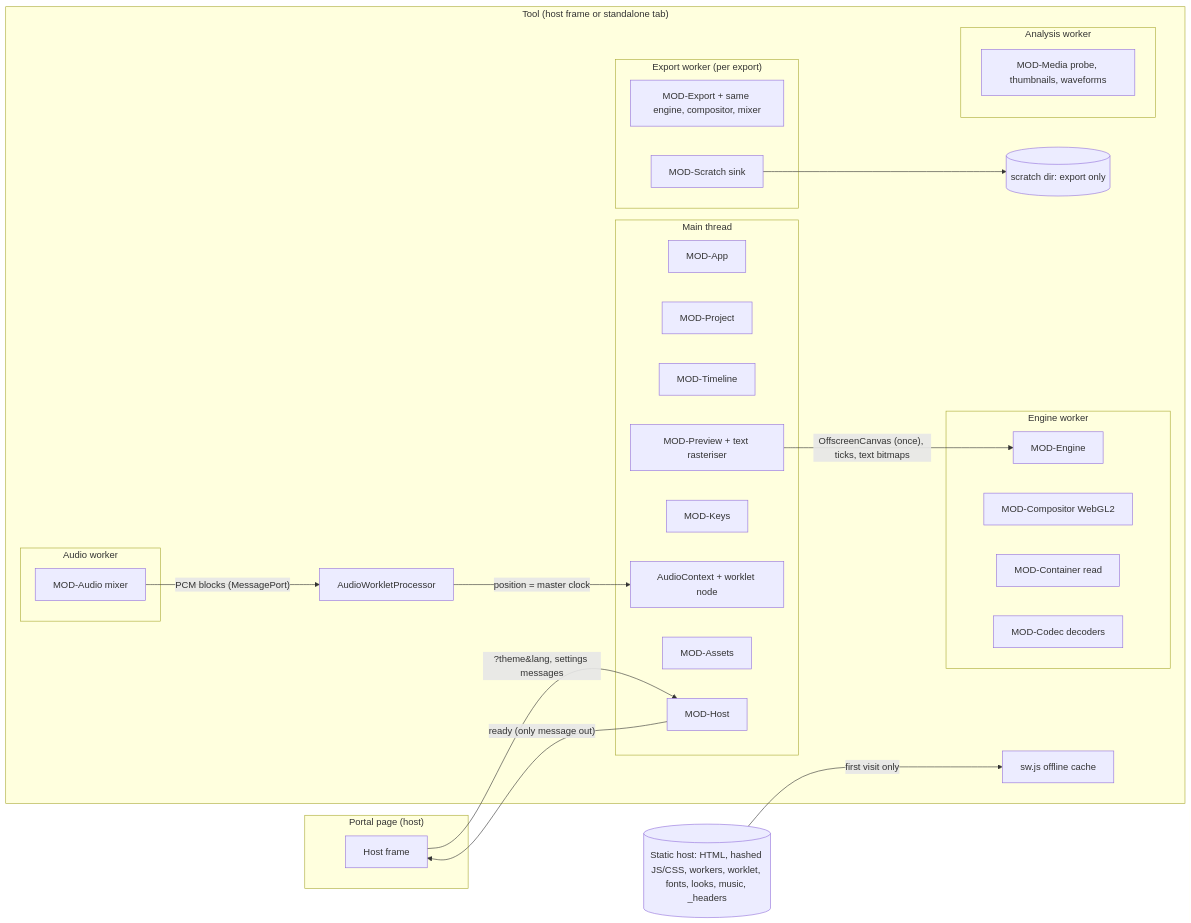
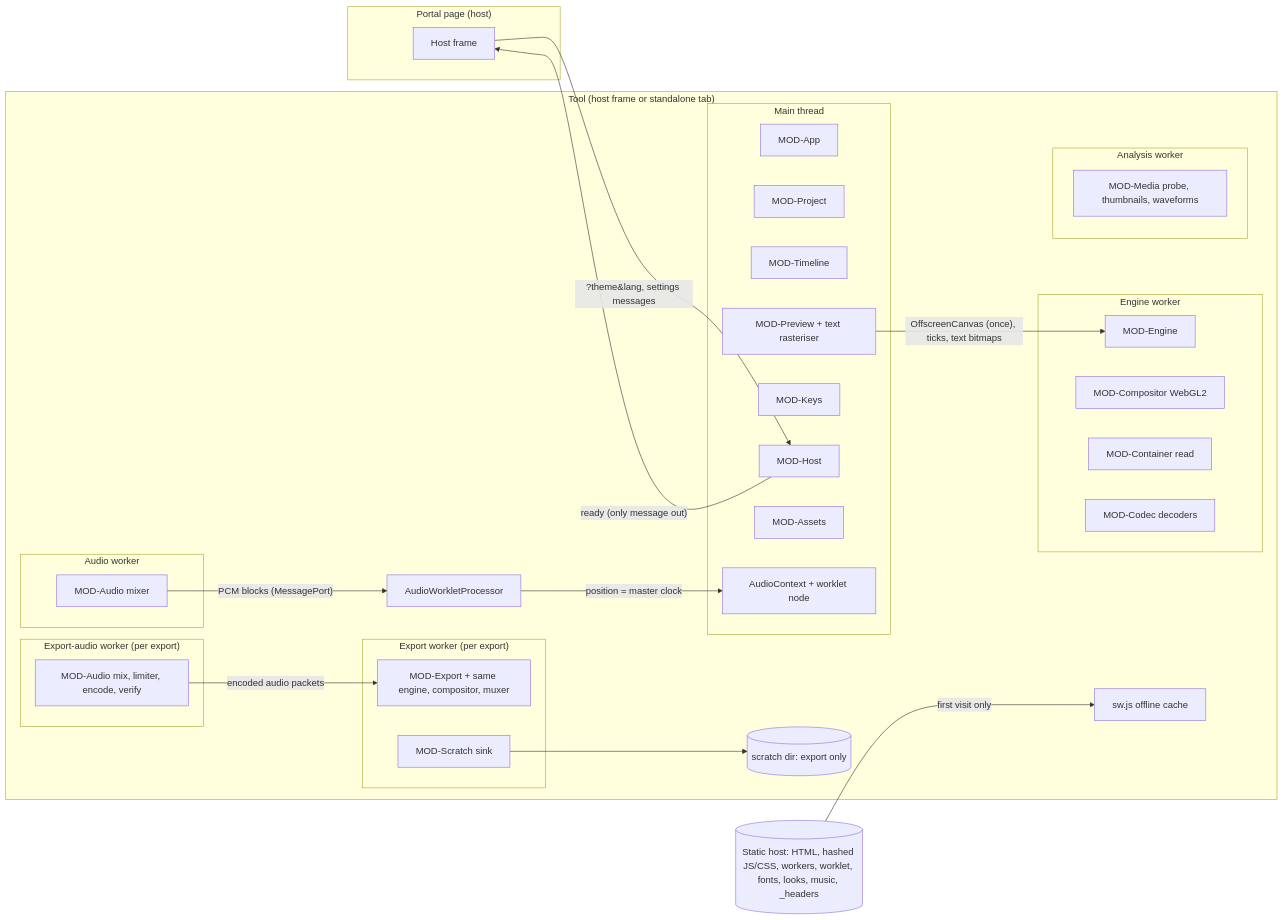
Before and after one commit to thanh-taro/clip-maker: the first of 2 diagrams in specs/40-technical/architecture.md, drawn with Mermaid. The commit also changed other lines of this file and 25 other files, not shown here.

````diff
--- a/specs/40-technical/architecture.md
+++ b/specs/40-technical/architecture.md
@@ -43,45 +51,49 @@
 ```mermaid
 flowchart LR
   subgraph Portal["Portal page (host)"]
     HF[Host frame]
   end
   subgraph Tool["Tool (host frame or standalone tab)"]
     subgraph Main["Main thread"]
       APP[MOD-App]
       PRJ[MOD-Project]
       TL[MOD-Timeline]
       PV[MOD-Preview + text rasteriser]
       KY[MOD-Keys]
       HO[MOD-Host]
       AS[MOD-Assets]
       AC[AudioContext + worklet node]
     end
     subgraph EW["Engine worker"]
       EN[MOD-Engine]
       CMP[MOD-Compositor WebGL2]
       CO1[MOD-Container read]
       CD1[MOD-Codec decoders]
     end
     subgraph AW["Audio worker"]
       AU[MOD-Audio mixer]
     end
     subgraph NW["Analysis worker"]
       ME[MOD-Media probe, thumbnails, waveforms]
     end
     subgraph XW["Export worker (per export)"]
-      EX[MOD-Export + same engine, compositor, mixer]
+      EX[MOD-Export + same engine, compositor, muxer]
       SC[MOD-Scratch sink]
+    end
+    subgraph XA["Export-audio worker (per export)"]
+      XAU[MOD-Audio mix, limiter, encode, verify]
     end
     WL[AudioWorkletProcessor]
     SW[sw.js offline cache]
     OPFS[(scratch dir: export only)]
   end
   CDN[(Static host: HTML, hashed JS/CSS, workers, worklet, fonts, looks, music, _headers)]
   HF -- "?theme&lang, settings messages" --> HO
   HO -- "ready (only message out)" --> HF
   CDN -- "first visit only" --> SW
   PV -- "OffscreenCanvas (once), ticks, text bitmaps" --> EN
   AU -- "PCM blocks (MessagePort)" --> WL
   WL -- "position = master clock" --> AC
   SC --> OPFS
+  XAU -- "encoded audio packets" --> EX
 ```
````
